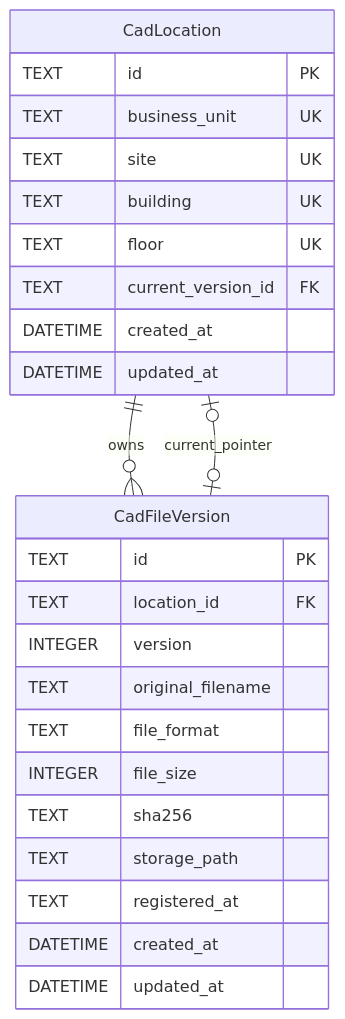
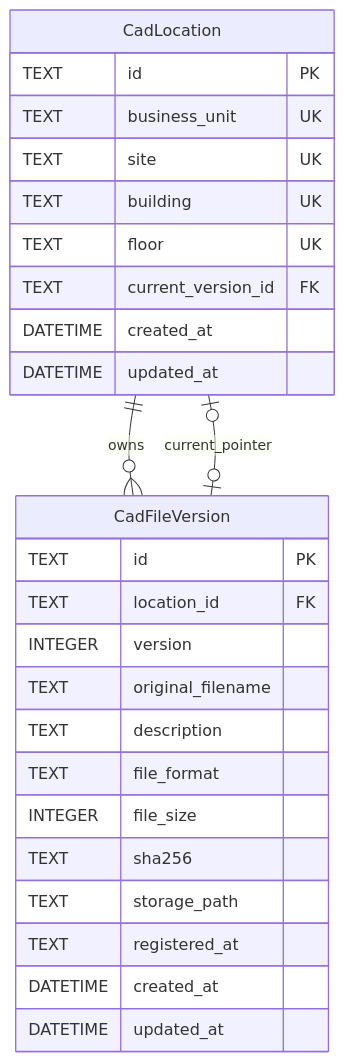
Before and after one commit to planner77/layoutManager: the diagram in out/Database.md, drawn with Mermaid. The commit also changed other lines of this file and 25 other files, not shown here.

````diff
--- a/out/Database.md
+++ b/out/Database.md
@@ -7,28 +7,29 @@
 ```mermaid
 erDiagram
     CadLocation ||--o{ CadFileVersion : owns
     CadLocation o|--o| CadFileVersion : current_pointer
     CadLocation {
         TEXT id PK
         TEXT business_unit UK
         TEXT site UK
         TEXT building UK
         TEXT floor UK
         TEXT current_version_id FK
         DATETIME created_at
         DATETIME updated_at
     }
     CadFileVersion {
         TEXT id PK
         TEXT location_id FK
         INTEGER version
         TEXT original_filename
+        TEXT description
         TEXT file_format
         INTEGER file_size
         TEXT sha256
         TEXT storage_path
         TEXT registered_at
         DATETIME created_at
         DATETIME updated_at
     }
 ```
````
